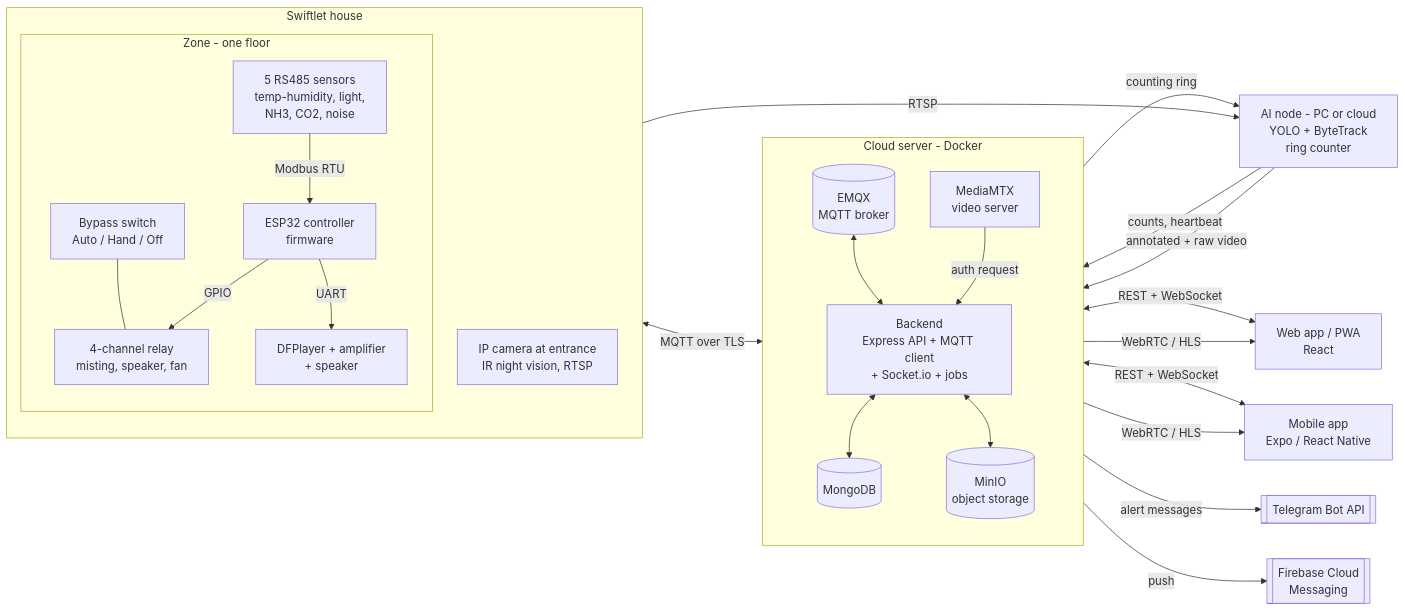
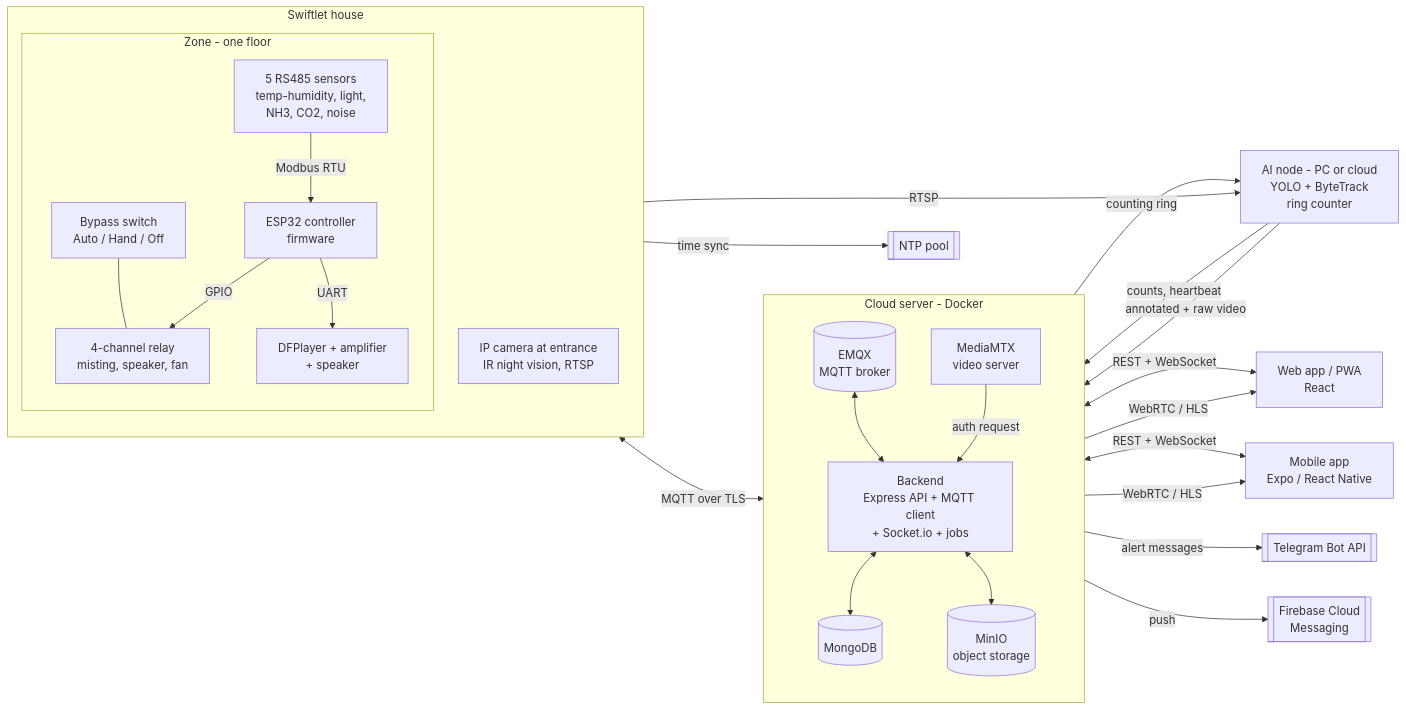
Before and after one commit to NBao261/SwiftletCare_KLTN: the first of 32 diagrams in docs/reports/report4-sdd.md, drawn with Mermaid. The commit also changed other lines of this file and 6 other files, not shown here.

````diff
--- a/docs/reports/report4-sdd.md
+++ b/docs/reports/report4-sdd.md
@@ -62,47 +62,49 @@
 ```mermaid
 flowchart LR
   subgraph HOUSE[Swiftlet house]
     direction TB
     subgraph ZONE[Zone - one floor]
       S[5 RS485 sensors<br/>temp-humidity, light,<br/>NH3, CO2, noise]
       ESP[ESP32 controller<br/>firmware]
       R[4-channel relay<br/>misting, speaker, fan]
       SPK[DFPlayer + amplifier<br/>+ speaker]
       BY[Bypass switch<br/>Auto / Hand / Off]
       S -- Modbus RTU --> ESP
       ESP -- GPIO --> R
       ESP -- UART --> SPK
       BY --- R
     end
     CAM[IP camera at entrance<br/>IR night vision, RTSP]
   end
   AINODE[AI node - PC or cloud<br/>YOLO + ByteTrack<br/>ring counter]
   subgraph CLOUD[Cloud server - Docker]
     direction TB
     EMQX[(EMQX<br/>MQTT broker)]
     API[Backend<br/>Express API + MQTT client<br/>+ Socket.io + jobs]
     DB[(MongoDB)]
     MINIO[(MinIO<br/>object storage)]
     MTX[MediaMTX<br/>video server]
   end
   WEB[Web app / PWA<br/>React]
   MOB[Mobile app<br/>Expo / React Native]
   TG[[Telegram Bot API]]
   FCM[[Firebase Cloud<br/>Messaging]]
+  NTP[[NTP pool]]
 
   ESP <-- MQTT over TLS --> EMQX
   CAM -- RTSP --> AINODE
   AINODE -- counts, heartbeat --> EMQX
   EMQX -- counting ring --> AINODE
   AINODE -- annotated + raw video --> MTX
   EMQX <--> API
   API <--> DB
   API <--> MINIO
   MTX -- auth request --> API
   API <-- REST + WebSocket --> WEB
   API <-- REST + WebSocket --> MOB
   MTX -- WebRTC / HLS --> WEB
   MTX -- WebRTC / HLS --> MOB
   API -- alert messages --> TG
   API -- push --> FCM
+  ESP -- time sync --> NTP
 ```
````
